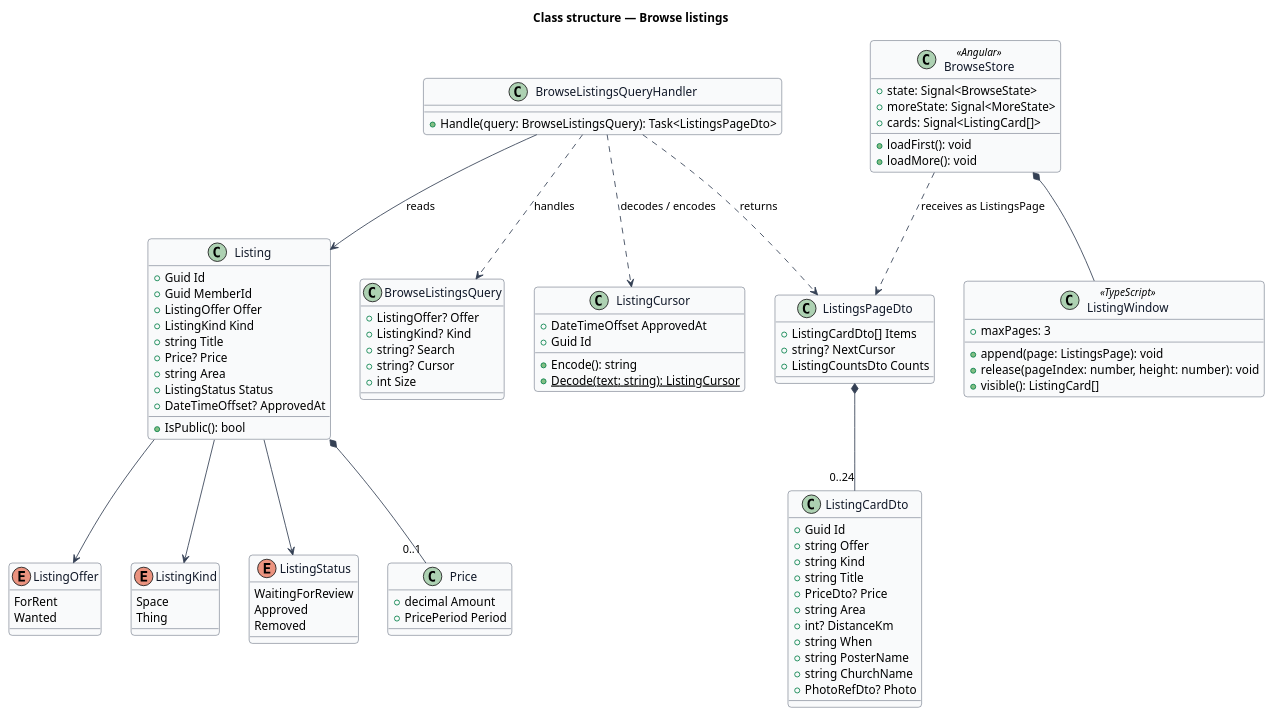
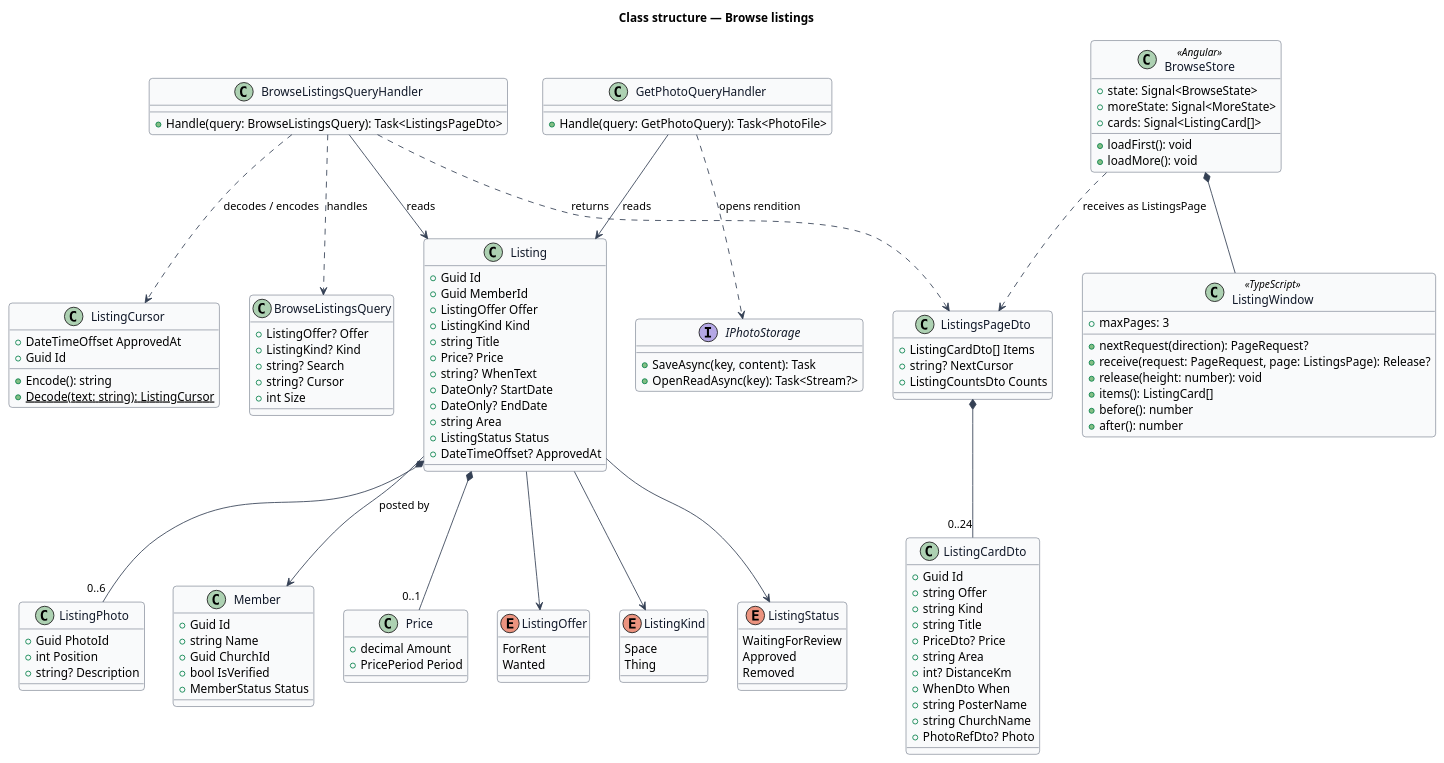
Before and after one commit to QuinntyneBrown/christian-rent: the diagram in docs/detailed-designs/browse/browse-listings/diagrams/class-structure.puml, drawn with PlantUML. The commit also changed 9 other files, not shown here.

```diff
--- a/docs/detailed-designs/browse/browse-listings/diagrams/class-structure.puml
+++ b/docs/detailed-designs/browse/browse-listings/diagrams/class-structure.puml
@@ -1,103 +1,131 @@
 @startuml
 ' --- shared skin header ---
 skinparam backgroundColor #FFFFFF
 skinparam shadowing false
 skinparam roundcorner 8
 skinparam defaultFontName Arial
 skinparam ArrowColor #344054
 skinparam class {
   BorderColor #344054
   FontColor #101828
   BackgroundColor #F9FAFB
 }
 ' --------------------------
 title Class structure — Browse listings
 
 enum ListingOffer {
   ForRent
   Wanted
 }
 enum ListingKind {
   Space
   Thing
 }
 enum ListingStatus {
   WaitingForReview
   Approved
   Removed
 }
 class Listing {
   +Guid Id
   +Guid MemberId
   +ListingOffer Offer
   +ListingKind Kind
   +string Title
   +Price? Price
+  +string? WhenText
+  +DateOnly? StartDate
+  +DateOnly? EndDate
   +string Area
   +ListingStatus Status
   +DateTimeOffset? ApprovedAt
-  +IsPublic(): bool
+}
+class ListingPhoto {
+  +Guid PhotoId
+  +int Position
+  +string? Description
+}
+class Member {
+  +Guid Id
+  +string Name
+  +Guid ChurchId
+  +bool IsVerified
+  +MemberStatus Status
 }
 class Price {
   +decimal Amount
   +PricePeriod Period
 }
 class BrowseListingsQuery {
   +ListingOffer? Offer
   +ListingKind? Kind
   +string? Search
   +string? Cursor
   +int Size
 }
 class BrowseListingsQueryHandler {
   +Handle(query: BrowseListingsQuery): Task<ListingsPageDto>
 }
 class ListingCursor {
   +DateTimeOffset ApprovedAt
   +Guid Id
   +Encode(): string
   +{static} Decode(text: string): ListingCursor
 }
 class ListingsPageDto {
   +ListingCardDto[] Items
   +string? NextCursor
   +ListingCountsDto Counts
 }
 class ListingCardDto {
   +Guid Id
   +string Offer
   +string Kind
   +string Title
   +PriceDto? Price
   +string Area
   +int? DistanceKm
-  +string When
+  +WhenDto When
   +string PosterName
   +string ChurchName
   +PhotoRefDto? Photo
 }
 class BrowseStore <<Angular>> {
   +state: Signal<BrowseState>
   +moreState: Signal<MoreState>
   +cards: Signal<ListingCard[]>
   +loadFirst(): void
   +loadMore(): void
 }
 class ListingWindow <<TypeScript>> {
   +maxPages: 3
-  +append(page: ListingsPage): void
-  +release(pageIndex: number, height: number): void
-  +visible(): ListingCard[]
+  +nextRequest(direction): PageRequest?
+  +receive(request: PageRequest, page: ListingsPage): Release?
+  +release(height: number): void
+  +items(): ListingCard[]
+  +before(): number
+  +after(): number
+}
+class GetPhotoQueryHandler {
+  +Handle(query: GetPhotoQuery): Task<PhotoFile>
+}
+interface IPhotoStorage {
+  +SaveAsync(key, content): Task
+  +OpenReadAsync(key): Task<Stream?>
 }
 BrowseListingsQueryHandler ..> BrowseListingsQuery : handles
 BrowseListingsQueryHandler ..> ListingCursor : decodes / encodes
 BrowseListingsQueryHandler --> Listing : reads
 BrowseListingsQueryHandler ..> ListingsPageDto : returns
 ListingsPageDto *-- "0..24" ListingCardDto
 Listing --> ListingOffer
 Listing --> ListingKind
 Listing --> ListingStatus
 Listing *-- "0..1" Price
+Listing *-- "0..6" ListingPhoto
+Listing --> Member : posted by
+GetPhotoQueryHandler --> Listing : reads
+GetPhotoQueryHandler ..> IPhotoStorage : opens rendition
 BrowseStore *-- ListingWindow
 BrowseStore ..> ListingsPageDto : receives as ListingsPage
 @enduml
```
